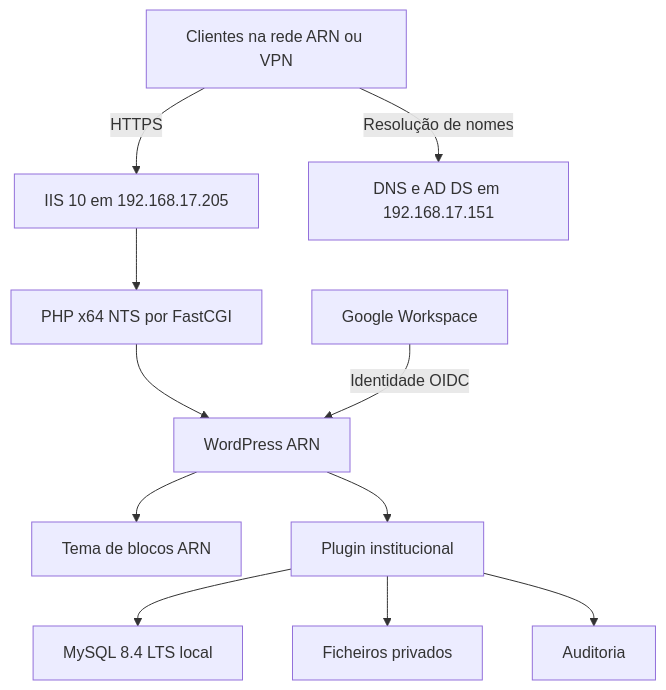
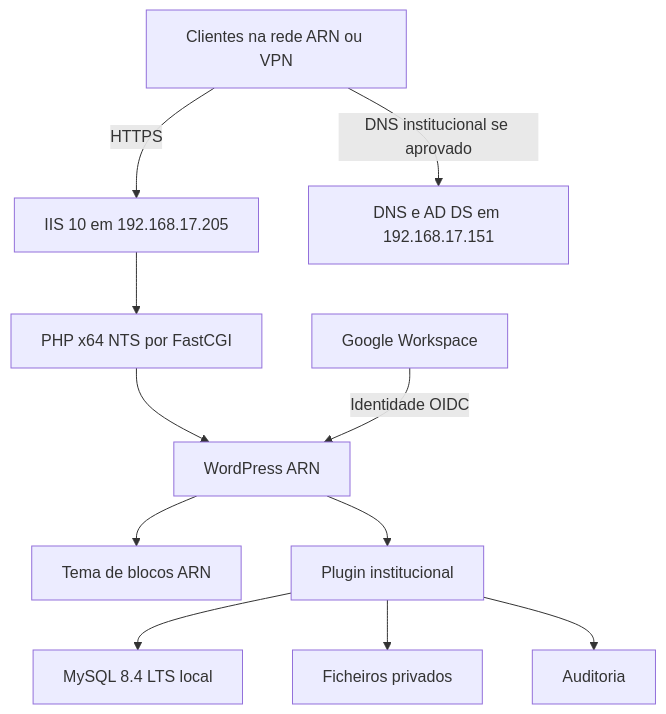
One commit to atchutchi/plataforma-interna-arn changed the first of 2 diagrams in README.md. Above: the diagram before and after it, drawn with Mermaid. The commit also changed other lines of this file and 2 other files, not shown here.

```diff
--- a/README.md
+++ b/README.md
@@ -110,13 +113,13 @@
 ~~~mermaid
 flowchart TD
     Rede["Clientes na rede ARN ou VPN"] -->|"HTTPS"| IIS["IIS 10 em 192.168.17.205"]
-    Rede -->|"Resolução de nomes"| DNS["DNS e AD DS em 192.168.17.151"]
+    Rede -->|"DNS institucional se aprovado"| DNS["DNS e AD DS em 192.168.17.151"]
     IIS --> PHP["PHP x64 NTS por FastCGI"]
     PHP --> Portal["WordPress ARN"]
     Google["Google Workspace"] -->|"Identidade OIDC"| Portal
     Portal --> Tema["Tema de blocos ARN"]
     Portal --> Core["Plugin institucional"]
     Core --> Base["MySQL 8.4 LTS local"]
     Core --> Arquivo["Ficheiros privados"]
     Core --> Logs["Auditoria"]
 ~~~
```
